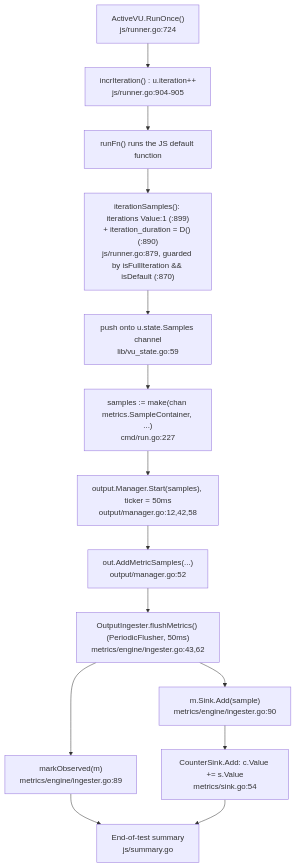
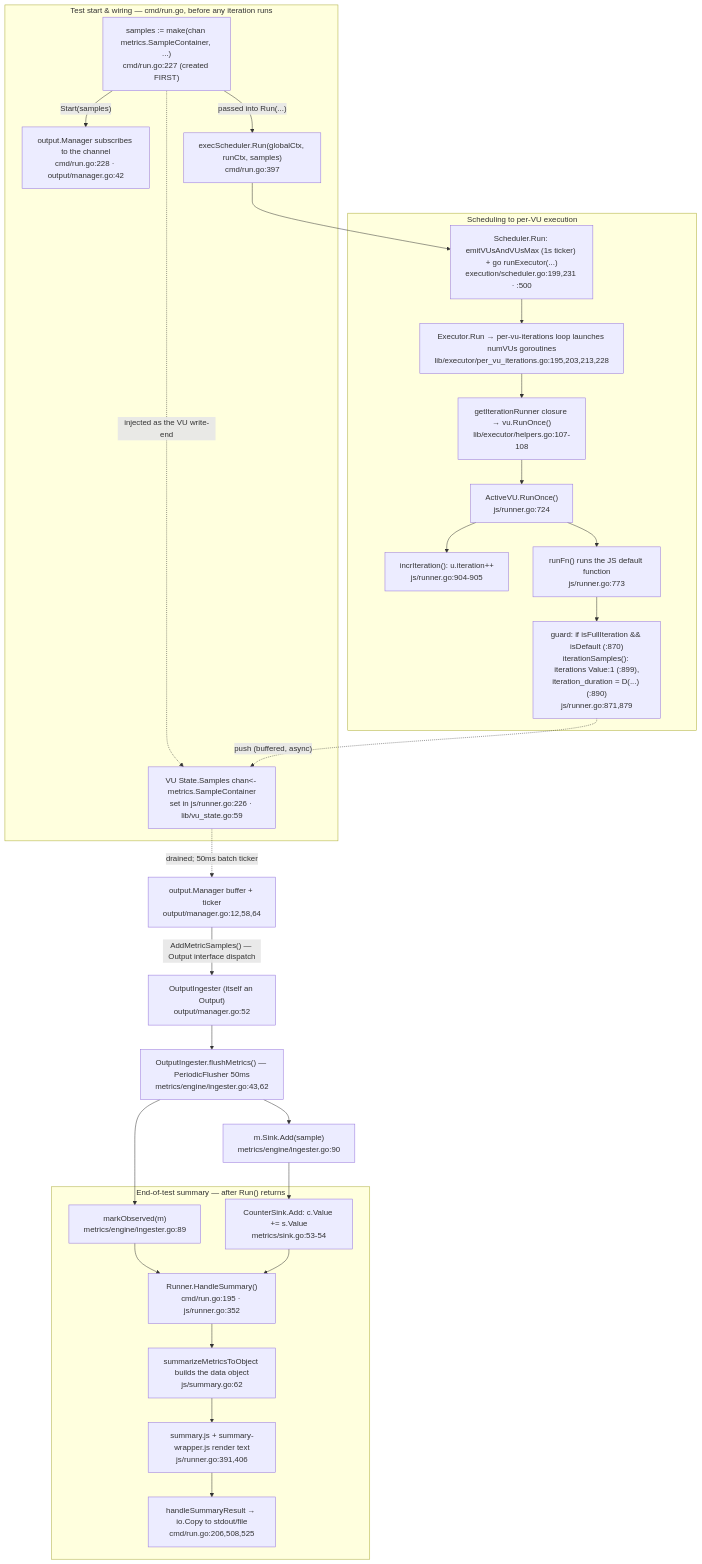
The diagram in blitzy/documentation/k6_ddc3b0b1d23c.md (blitzy-research/k6), drawn with Mermaid before and after one commit. The commit also changed other lines of this file, not shown here.

First line of the commit message:
docs(k6): correct investigative onboarding doc per code review (16 findings)

````diff
--- a/blitzy/documentation/k6_ddc3b0b1d23c.md
+++ b/blitzy/documentation/k6_ddc3b0b1d23c.md
@@ -361,16 +508,35 @@
 ```mermaid
 flowchart TD
-    A["ActiveVU.RunOnce()<br/>js/runner.go:724"] --> B["incrIteration() : u.iteration++<br/>js/runner.go:904-905"]
-    B --> C["runFn() runs the JS default function"]
-    C --> D["iterationSamples(): iterations Value:1 (:899)<br/>+ iteration_duration = D() (:890)<br/>js/runner.go:879, guarded by isFullIteration && isDefault (:870)"]
-    D --> E["push onto u.state.Samples channel<br/>lib/vu_state.go:59"]
-    E --> F["samples := make(chan metrics.SampleContainer, ...)<br/>cmd/run.go:227"]
-    F --> G["output.Manager.Start(samples), ticker = 50ms<br/>output/manager.go:12,42,58"]
-    G --> H["out.AddMetricSamples(...)<br/>output/manager.go:52"]
-    H --> I["OutputIngester.flushMetrics() (PeriodicFlusher, 50ms)<br/>metrics/engine/ingester.go:43,62"]
-    I --> J["markObserved(m)<br/>metrics/engine/ingester.go:89"]
-    I --> K["m.Sink.Add(sample)<br/>metrics/engine/ingester.go:90"]
-    K --> L["CounterSink.Add: c.Value += s.Value<br/>metrics/sink.go:54"]
-    J --> M["End-of-test summary<br/>js/summary.go"]
-    L --> M
+    subgraph S["Test start &amp; wiring — cmd/run.go, before any iteration runs"]
+        A["samples := make(chan metrics.SampleContainer, ...)<br/>cmd/run.go:227 (created FIRST)"]
+        A -->|"Start(samples)"| B["output.Manager subscribes to the channel<br/>cmd/run.go:228 · output/manager.go:42"]
+        A -->|"passed into Run(...)"| C["execScheduler.Run(globalCtx, runCtx, samples)<br/>cmd/run.go:397"]
+        A -.->|"injected as the VU write-end"| D["VU State.Samples chan&lt;- metrics.SampleContainer<br/>set in js/runner.go:226 · lib/vu_state.go:59"]
+    end
+
+    subgraph X["Scheduling to per-VU execution"]
+        C --> E["Scheduler.Run: emitVUsAndVUsMax (1s ticker) + go runExecutor(...)<br/>execution/scheduler.go:199,231 · :500"]
+        E --> F["Executor.Run → per-vu-iterations loop launches numVUs goroutines<br/>lib/executor/per_vu_iterations.go:195,203,213,228"]
+        F --> G["getIterationRunner closure → vu.RunOnce()<br/>lib/executor/helpers.go:107-108"]
+        G --> H["ActiveVU.RunOnce()<br/>js/runner.go:724"]
+        H --> I["incrIteration(): u.iteration++<br/>js/runner.go:904-905"]
+        H --> J["runFn() runs the JS default function<br/>js/runner.go:773"]
+        J --> K["guard: if isFullIteration &amp;&amp; isDefault (:870)<br/>iterationSamples(): iterations Value:1 (:899),<br/>iteration_duration = D(...) (:890)<br/>js/runner.go:871,879"]
+    end
+
+    K -.->|"push (buffered, async)"| D
+    D -.->|"drained; 50ms batch ticker"| L["output.Manager buffer + ticker<br/>output/manager.go:12,58,64"]
+    L -->|"AddMetricSamples() — Output interface dispatch"| M["OutputIngester (itself an Output)<br/>output/manager.go:52"]
+    M --> N["OutputIngester.flushMetrics() — PeriodicFlusher 50ms<br/>metrics/engine/ingester.go:43,62"]
+    N --> O["markObserved(m)<br/>metrics/engine/ingester.go:89"]
+    N --> P["m.Sink.Add(sample)<br/>metrics/engine/ingester.go:90"]
+    P --> Q["CounterSink.Add: c.Value += s.Value<br/>metrics/sink.go:53-54"]
+
+    subgraph Z["End-of-test summary — after Run() returns"]
+        O --> R["Runner.HandleSummary()<br/>cmd/run.go:195 · js/runner.go:352"]
+        Q --> R
+        R --> T["summarizeMetricsToObject builds the data object<br/>js/summary.go:62"]
+        T --> U["summary.js + summary-wrapper.js render text<br/>js/runner.go:391,406"]
+        U --> V["handleSummaryResult → io.Copy to stdout/file<br/>cmd/run.go:206,508,525"]
+    end
 ```
````
